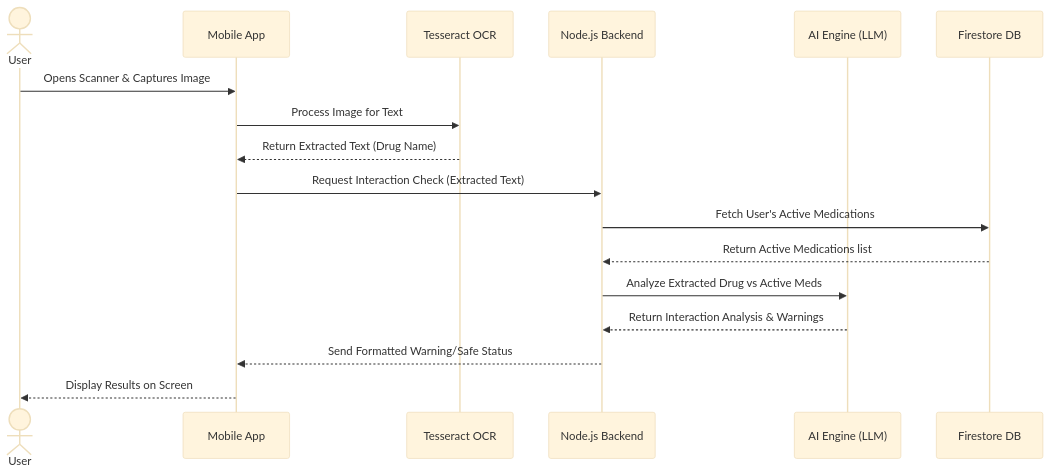
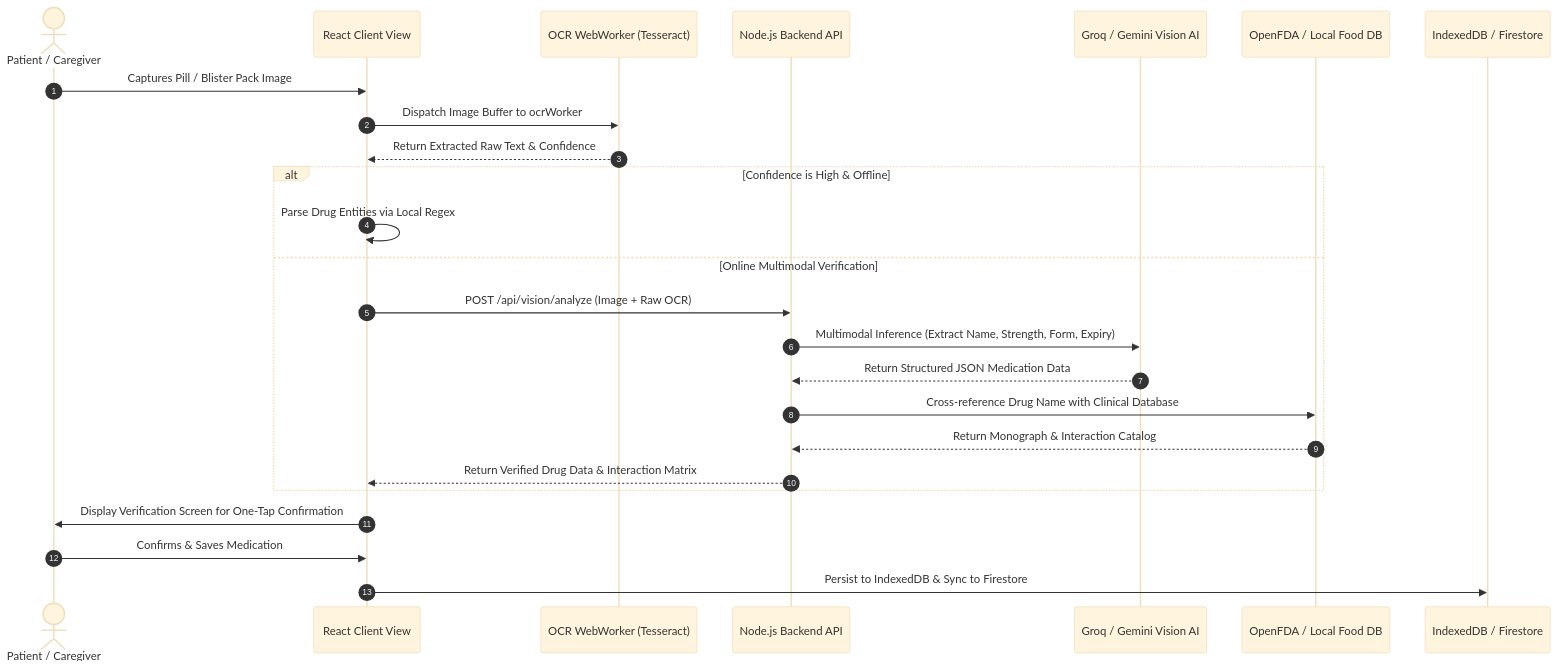
One commit to EmmahOwens/dawa-lens changed the second of 5 diagrams in project_proposal.md. Above: the diagram before and after it, drawn with Mermaid (base theme). The commit also changed other lines of this file and 8 other files, not shown here.

Commit message:
chore: update graphify manifest and cache to reflect recent project changes

````diff
--- a/project_proposal.md
+++ b/project_proposal.md
@@ -136,20 +352,30 @@
 ```mermaid
 sequenceDiagram
-    actor User
-    participant App as Mobile App
-    participant OCR as Tesseract OCR
-    participant Server as Node.js Backend
-    participant AI as AI Engine (LLM)
-    participant DB as Firestore DB
+    autonumber
+    actor User as Patient / Caregiver
+    participant UI as React Client View
+    participant Worker as OCR WebWorker (Tesseract)
+    participant Server as Node.js Backend API
+    participant LLM as Groq / Gemini Vision AI
+    participant FDA as OpenFDA / Local Food DB
+    participant Cache as IndexedDB / Firestore
 
-    User->>App: Opens Scanner & Captures Image
-    App->>OCR: Process Image for Text
-    OCR-->>App: Return Extracted Text (Drug Name)
-    App->>Server: Request Interaction Check (Extracted Text)
-    Server->>DB: Fetch User's Active Medications
-    DB-->>Server: Return Active Medications list
-    Server->>AI: Analyze Extracted Drug vs Active Meds
-    AI-->>Server: Return Interaction Analysis & Warnings
-    Server-->>App: Send Formatted Warning/Safe Status
-    App-->>User: Display Results on Screen
+    User->>UI: Captures Pill / Blister Pack Image
+    UI->>Worker: Dispatch Image Buffer to ocrWorker
+    Worker-->>UI: Return Extracted Raw Text & Confidence
+    
+    alt Confidence is High & Offline
+        UI->>UI: Parse Drug Entities via Local Regex
+    else Online Multimodal Verification
+        UI->>Server: POST /api/vision/analyze (Image + Raw OCR)
+        Server->>LLM: Multimodal Inference (Extract Name, Strength, Form, Expiry)
+        LLM-->>Server: Return Structured JSON Medication Data
+        Server->>FDA: Cross-reference Drug Name with Clinical Database
+        FDA-->>Server: Return Monograph & Interaction Catalog
+        Server-->>UI: Return Verified Drug Data & Interaction Matrix
+    end
+
+    UI->>User: Display Verification Screen for One-Tap Confirmation
+    User->>UI: Confirms & Saves Medication
+    UI->>Cache: Persist to IndexedDB & Sync to Firestore
 ```
````
